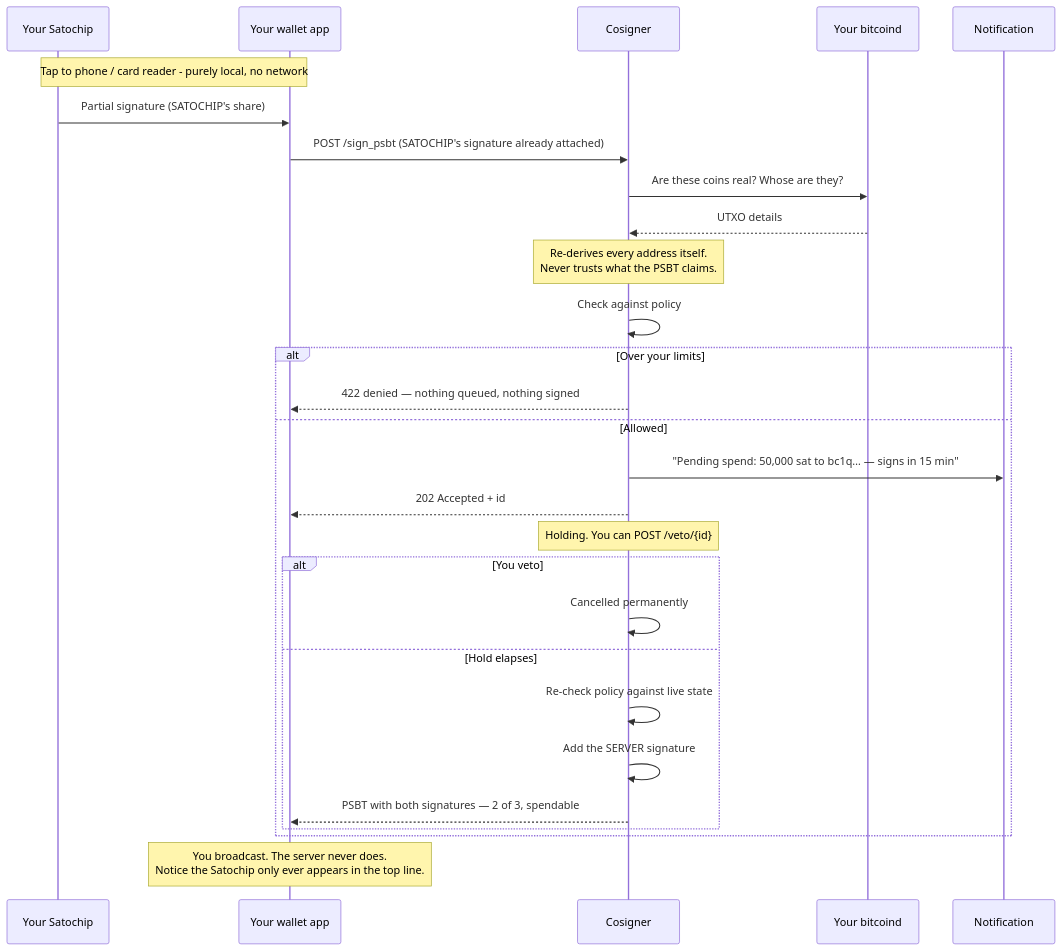
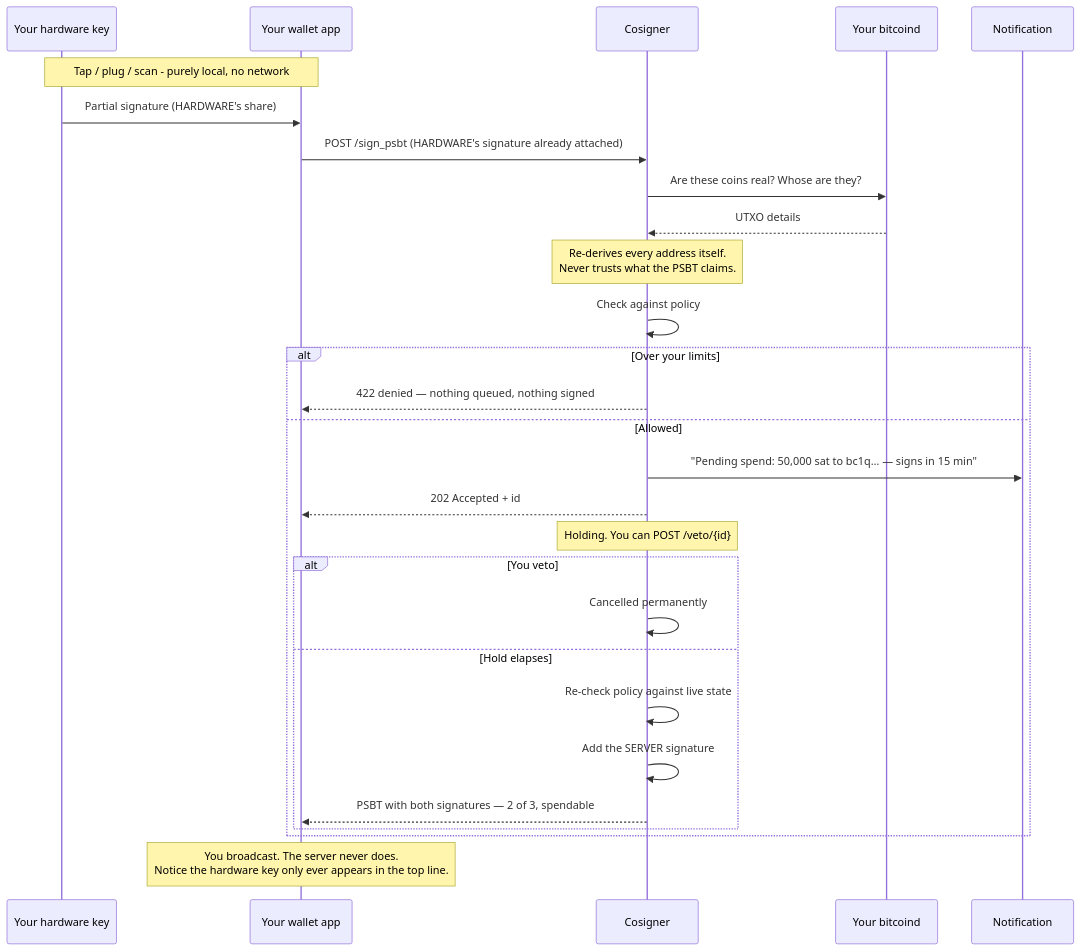
One commit to TDH-Labs/Bitme changed the second of 4 diagrams in README.md. Above: the diagram before and after it, drawn with Mermaid. The commit also changed other lines of this file and 36 other files, not shown here.

````diff
--- a/README.md
+++ b/README.md
@@ -136,31 +196,31 @@
 ```mermaid
 sequenceDiagram
-    participant SC as Your Satochip
+    participant SC as Your hardware key
     participant You as Your wallet app
     participant CS as Cosigner
     participant Node as Your bitcoind
     participant N as Notification
 
-    Note over SC,You: Tap to phone / card reader - purely local, no network
-    SC->>You: Partial signature (SATOCHIP's share)
-    You->>CS: POST /sign_psbt (SATOCHIP's signature already attached)
+    Note over SC,You: Tap / plug / scan - purely local, no network
+    SC->>You: Partial signature (HARDWARE's share)
+    You->>CS: POST /sign_psbt (HARDWARE's signature already attached)
     CS->>Node: Are these coins real? Whose are they?
     Node-->>CS: UTXO details
     Note over CS: Re-derives every address itself.<br/>Never trusts what the PSBT claims.
     CS->>CS: Check against policy
     alt Over your limits
         CS-->>You: 422 denied — nothing queued, nothing signed
     else Allowed
         CS->>N: "Pending spend: 50,000 sat to bc1q… — signs in 15 min"
         CS-->>You: 202 Accepted + id
         Note over CS: Holding. You can POST /veto/{id}
         alt You veto
             CS->>CS: Cancelled permanently
         else Hold elapses
             CS->>CS: Re-check policy against live state
             CS->>CS: Add the SERVER signature
             CS-->>You: PSBT with both signatures — 2 of 3, spendable
         end
     end
-    Note over You: You broadcast. The server never does.<br/>Notice the Satochip only ever appears in the top line.
+    Note over You: You broadcast. The server never does.<br/>Notice the hardware key only ever appears in the top line.
 ```
````
